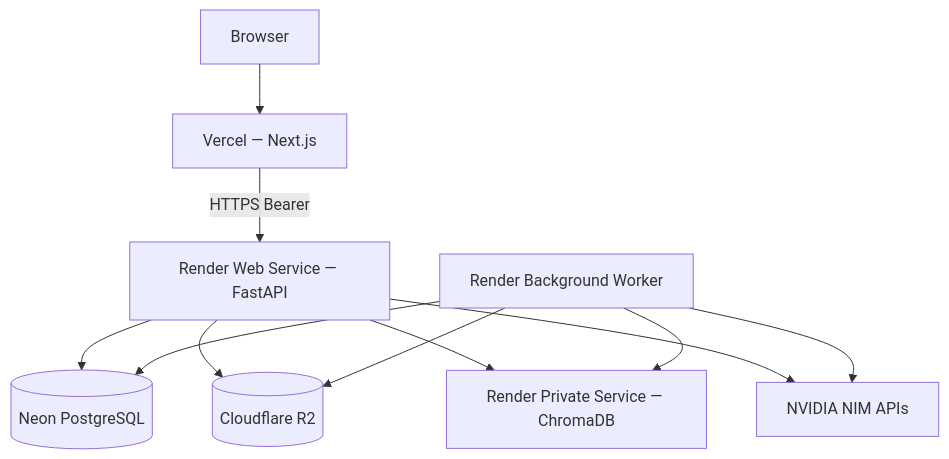
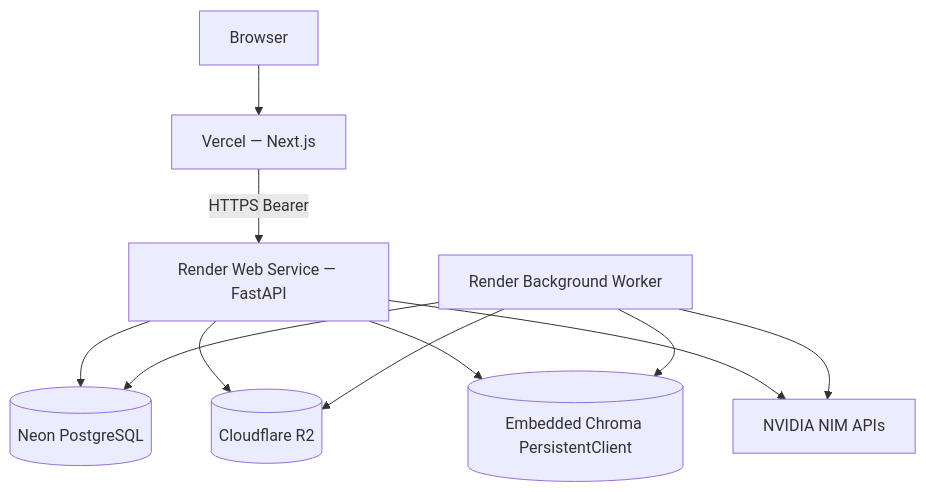
Before and after one commit to adityaaa2306/enterprise-document-rag: the diagram in backend/docs/RENDER_DEPLOYMENT.md, drawn with Mermaid. The commit also changed other lines of this file and 18 other files, not shown here.

First line of the commit message:
Migrate Chroma to embedded PersistentClient for portfolio deploys.

````diff
--- a/backend/docs/RENDER_DEPLOYMENT.md
+++ b/backend/docs/RENDER_DEPLOYMENT.md
@@ -6,13 +6,13 @@
 ```mermaid
 flowchart TB
   User[Browser] --> Vercel[Vercel — Next.js]
   Vercel -->|HTTPS Bearer| API[Render Web Service — FastAPI]
   API --> Neon[(Neon PostgreSQL)]
   API --> R2[(Cloudflare R2)]
-  API --> Chroma[Render Private Service — ChromaDB]
+  API --> Disk[(Embedded Chroma PersistentClient)]
   Worker[Render Background Worker] --> Neon
   Worker --> R2
-  Worker --> Chroma
+  Worker --> Disk
   API --> NIM[NVIDIA NIM APIs]
   Worker --> NIM
 ```
````
